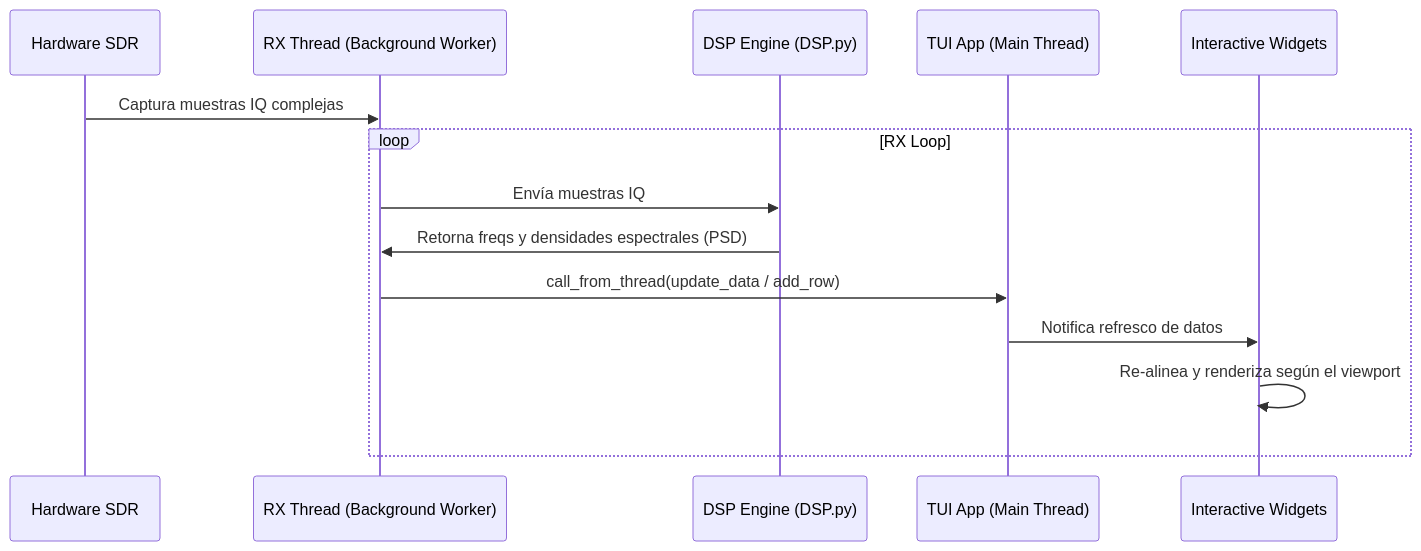
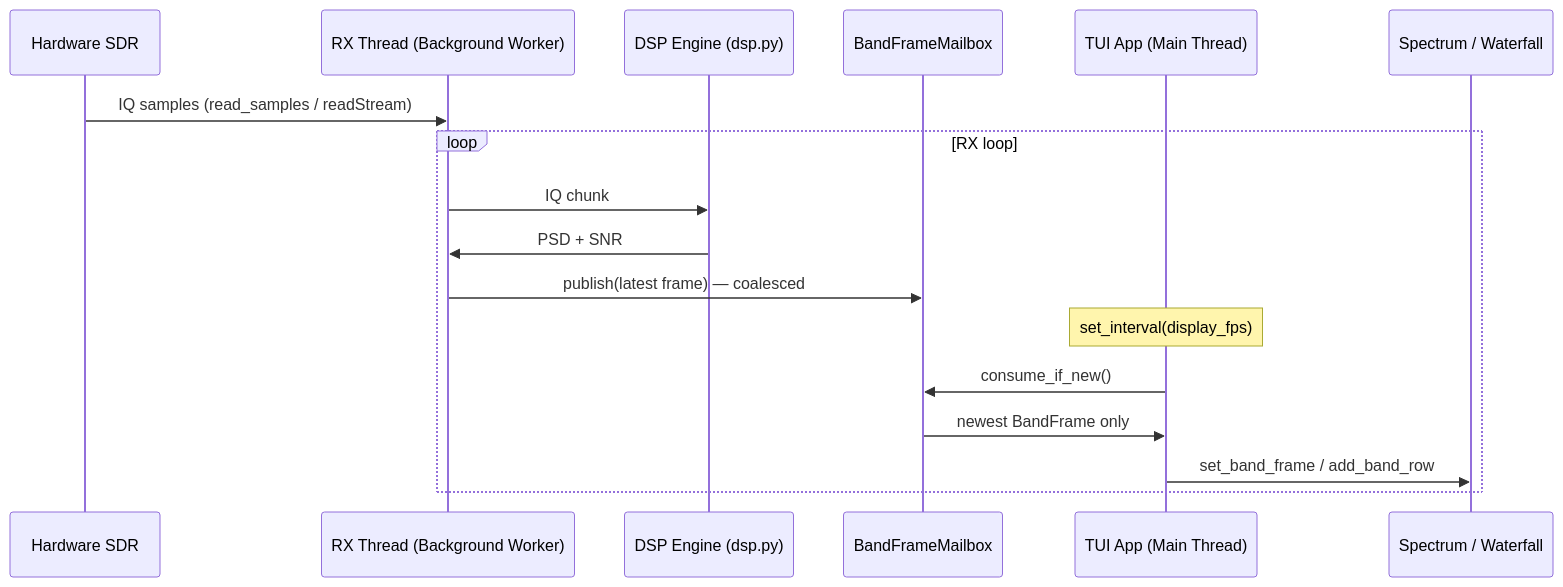
The diagram in docs/architecture.md (xyz-rainbow/xyz-sdr), drawn with Mermaid before and after one commit. The commit also changed other lines of this file and 27 other files, not shown here.

First line of the commit message:
Add per-column display AGC, shared thermal palette, and DSP/audio improvements.

````diff
--- a/docs/architecture.md
+++ b/docs/architecture.md
@@ -11,17 +11,20 @@
 ```mermaid
 sequenceDiagram
     participant HW as Hardware SDR
     participant Worker as RX Thread (Background Worker)
-    participant DSP as DSP Engine (DSP.py)
+    participant DSP as DSP Engine (dsp.py)
+    participant Mailbox as BandFrameMailbox
     participant App as TUI App (Main Thread)
-    participant UI as Interactive Widgets
+    participant UI as Spectrum / Waterfall
 
-    HW->>Worker: Captura muestras IQ complejas
-    loop RX Loop
-        Worker->>DSP: Envía muestras IQ
-        DSP->>Worker: Retorna freqs y densidades espectrales (PSD)
-        Worker->>App: call_from_thread(update_data / add_row)
-        App->>UI: Notifica refresco de datos
-        UI->>UI: Re-alinea y renderiza según el viewport
+    HW->>Worker: IQ samples (read_samples / readStream)
+    loop RX loop
+        Worker->>DSP: IQ chunk
+        DSP->>Worker: PSD + SNR
+        Worker->>Mailbox: publish(latest frame) — coalesced
+        Note over App: set_interval(display_fps)
+        App->>Mailbox: consume_if_new()
+        Mailbox->>App: newest BandFrame only
+        App->>UI: set_band_frame / add_band_row
     end
 ```
````
